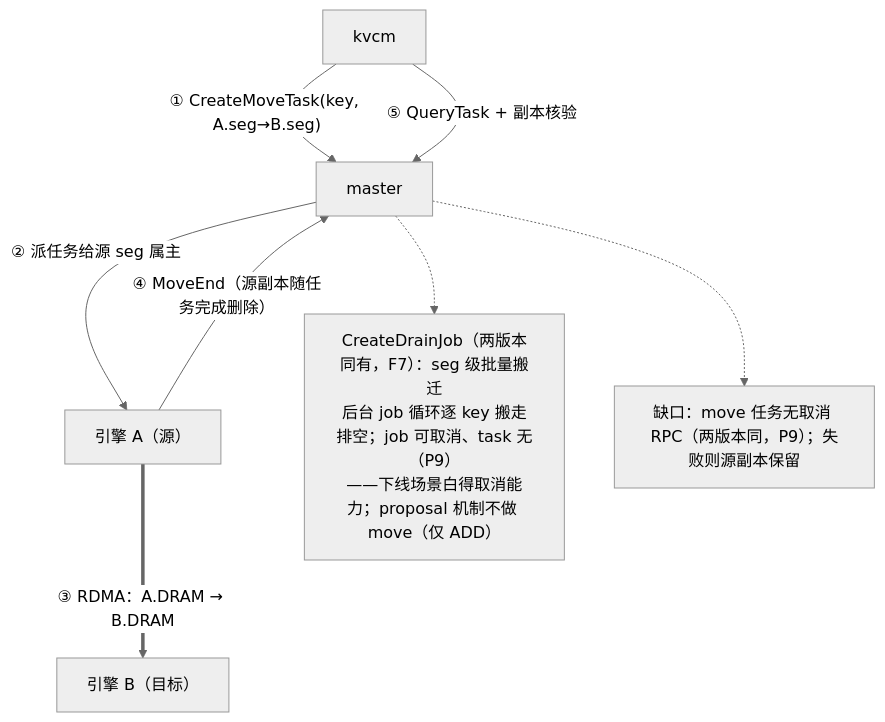
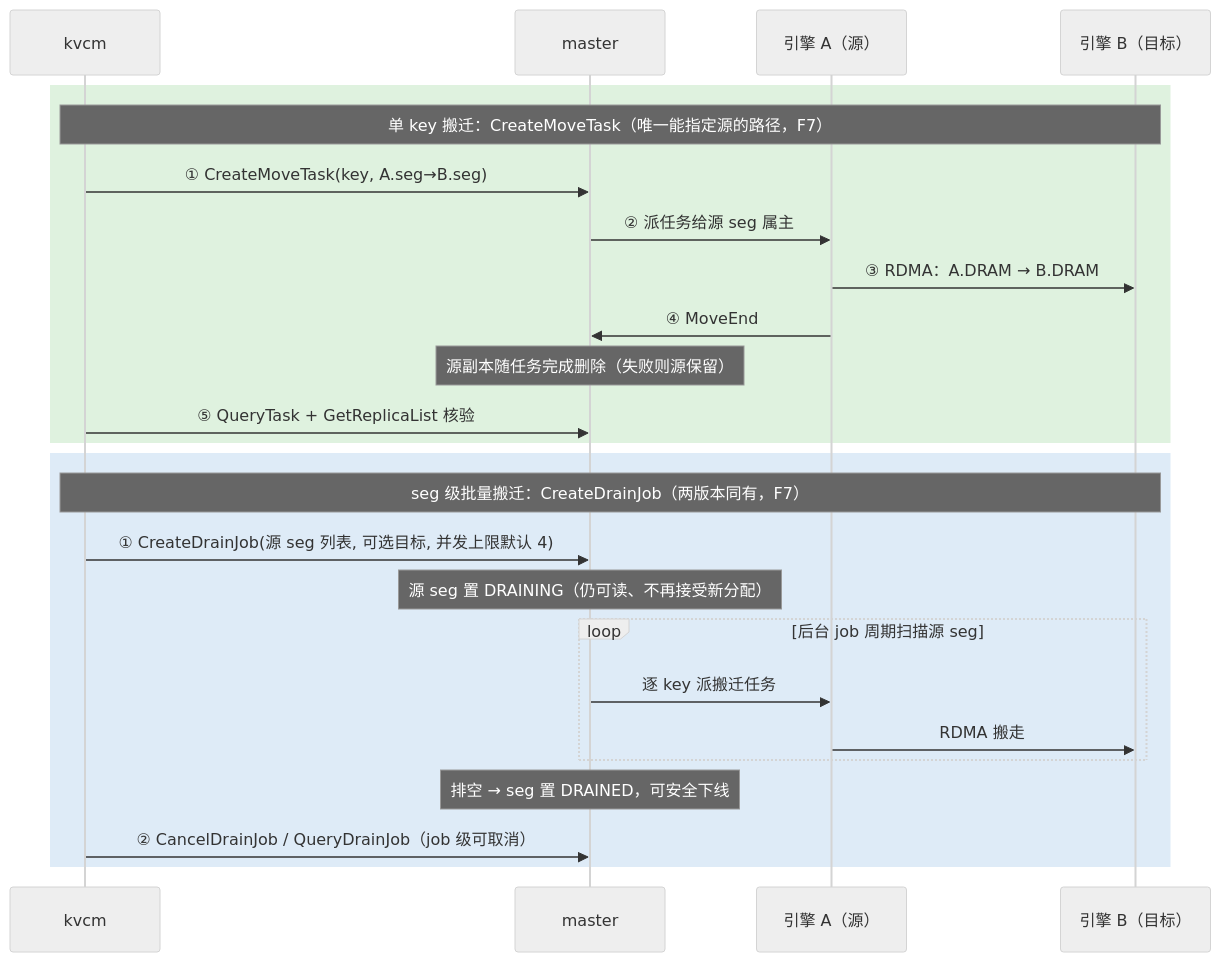
Before and after one commit to 5x8-40/lake: the third of 10 diagrams in kvcm/D2-kv-operations.md, drawn with Mermaid (neutral theme). The commit also changed other lines of this file, not shown here.

First line of the commit message:
docs(kvcm): 操作图全量时序化，方案完整进图

````diff
--- a/kvcm/D2-kv-operations.md
+++ b/kvcm/D2-kv-operations.md
@@ -347,12 +352,29 @@
 ```mermaid
-flowchart TB
-    K["kvcm"] -->|"① CreateMoveTask(key, A.seg→B.seg)"| M["master"]
-    M -->|"② 派任务给源 seg 属主"| A["引擎 A（源）"]
-    A ==>|"③ RDMA：A.DRAM → B.DRAM"| B["引擎 B（目标）"]
-    A -->|"④ MoveEnd（源副本随任务完成删除）"| M
-    K -->|"⑤ QueryTask + 副本核验"| M
-    N["CreateDrainJob（两版本同有，F7）：seg 级批量搬迁<br/>后台 job 循环逐 key 搬走排空；job 可取消、task 无（P9）<br/>——下线场景白得取消能力；proposal 机制不做 move（仅 ADD）"]
-    M -.-> N
-    N2["缺口：move 任务无取消 RPC（两版本同，P9）；失败则源副本保留"]
-    M -.-> N2
+sequenceDiagram
+    participant K as kvcm
+    participant M as master
+    participant A as 引擎 A（源）
+    participant B as 引擎 B（目标）
+
+    rect rgb(223, 242, 223)
+    Note over K,B: 单 key 搬迁：CreateMoveTask（唯一能指定源的路径，F7）
+    K->>M: ① CreateMoveTask(key, A.seg→B.seg)
+    M->>A: ② 派任务给源 seg 属主
+    A->>B: ③ RDMA：A.DRAM → B.DRAM
+    A->>M: ④ MoveEnd
+    Note over M: 源副本随任务完成删除（失败则源保留）
+    K->>M: ⑤ QueryTask + GetReplicaList 核验
+    end
+
+    rect rgb(222, 235, 247)
+    Note over K,B: seg 级批量搬迁：CreateDrainJob（两版本同有，F7）
+    K->>M: ① CreateDrainJob(源 seg 列表, 可选目标, 并发上限默认 4)
+    Note over M: 源 seg 置 DRAINING（仍可读、不再接受新分配）
+    loop 后台 job 周期扫描源 seg
+        M->>A: 逐 key 派搬迁任务
+        A->>B: RDMA 搬走
+    end
+    Note over M: 排空 → seg 置 DRAINED，可安全下线
+    K->>M: ② CancelDrainJob / QueryDrainJob（job 级可取消）
+    end
 ```
````
